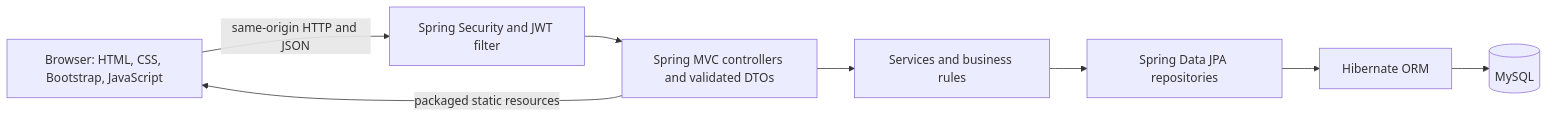
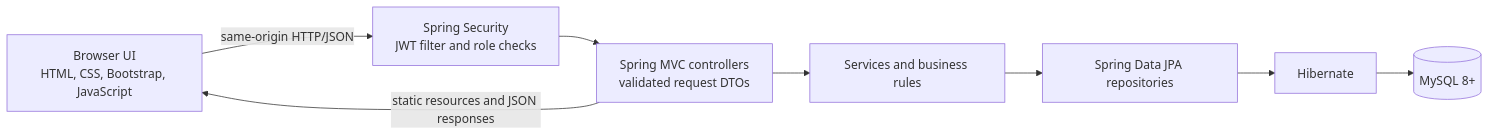
The diagram in README.md (Er-rahul3707/CollegeWise), drawn with Mermaid before and after one commit. The commit also changed other lines of this file and 50 other files, not shown here.

Commit message:
Finalize CollegeWise Java Spring Boot capstone release

````diff
--- a/README.md
+++ b/README.md
@@ -79,10 +70,10 @@
 ```mermaid
 flowchart LR
-    B[Browser: HTML, CSS, Bootstrap, JavaScript] -->|same-origin HTTP and JSON| S[Spring Security and JWT filter]
-    S --> C[Spring MVC controllers and validated DTOs]
-    C --> V[Services and business rules]
-    V --> R[Spring Data JPA repositories]
-    R --> H[Hibernate ORM]
-    H --> M[(MySQL)]
-    C -->|packaged static resources| B
+    UI[Browser UI<br/>HTML, CSS, Bootstrap, JavaScript] -->|same-origin HTTP/JSON| SEC[Spring Security<br/>JWT filter and role checks]
+    SEC --> API[Spring MVC controllers<br/>validated request DTOs]
+    API --> SVC[Services and business rules]
+    SVC --> REPO[Spring Data JPA repositories]
+    REPO --> ORM[Hibernate]
+    ORM --> DB[(MySQL 8+)]
+    API -->|static resources and JSON responses| UI
 ```
````
